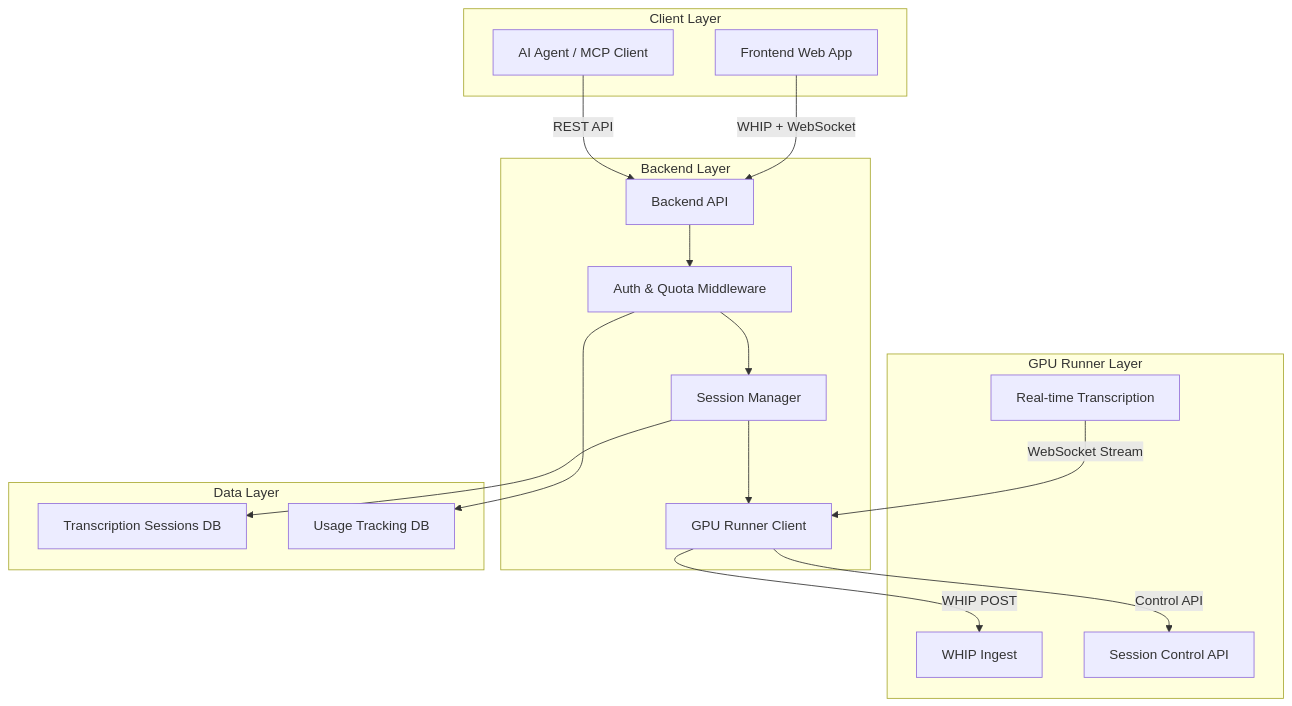
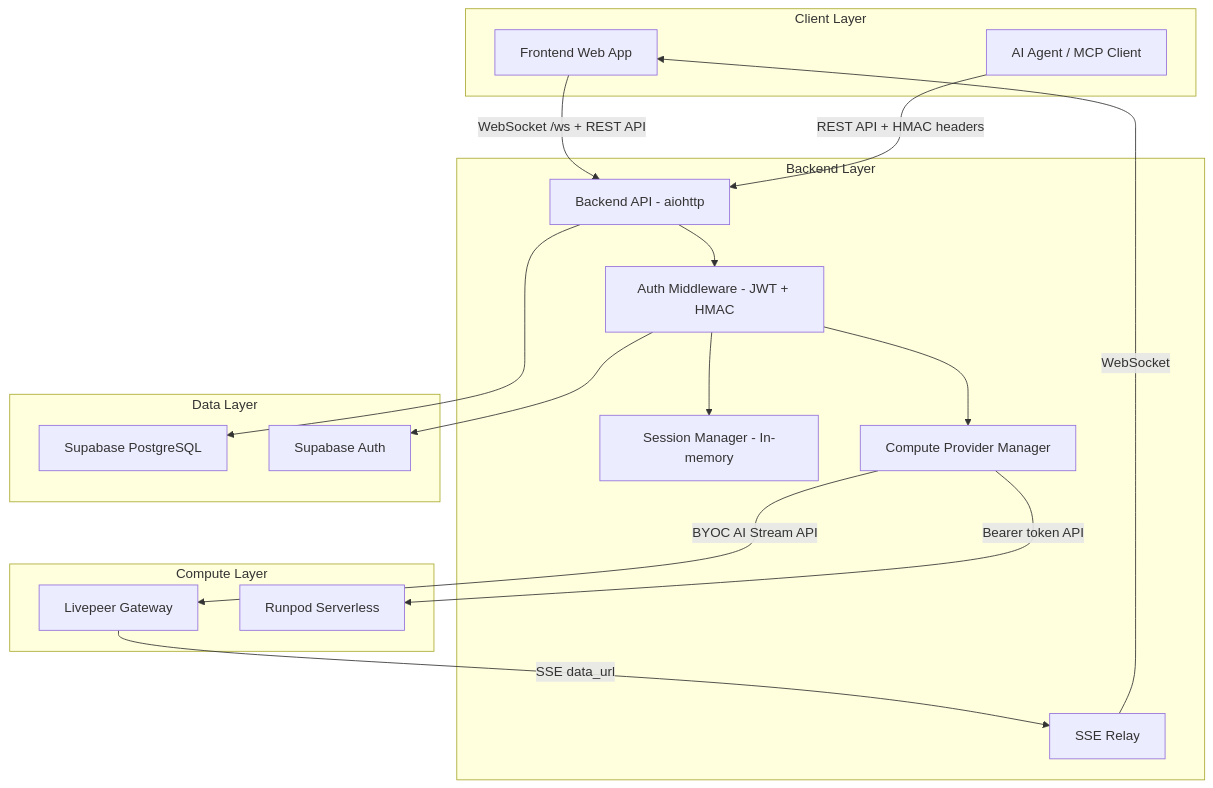
The diagram in docs/TECHNICAL_SPECIFICATION.md (ad-astra-video/piow), drawn with Mermaid before and after one commit. The commit also changed other lines of this file and 90 other files, not shown here.

````diff
--- a/docs/TECHNICAL_SPECIFICATION.md
+++ b/docs/TECHNICAL_SPECIFICATION.md
@@ -986,36 +373,37 @@
 ```mermaid
 flowchart TB
     subgraph Client Layer
         A[Frontend Web App]
         B[AI Agent / MCP Client]
     end
     
     subgraph Backend Layer
-        C[Backend API]
-        D[Auth & Quota Middleware]
-        E[Session Manager]
-        F[GPU Runner Client]
+        C[Backend API - aiohttp]
+        D[Auth Middleware - JWT + HMAC]
+        E[Session Manager - In-memory]
+        F[Compute Provider Manager]
+        G[SSE Relay]
     end
     
-    subgraph GPU Runner Layer
-        G[WHIP Ingest]
-        H[Real-time Transcription]
-        I[Session Control API]
+    subgraph Compute Layer
+        H[Livepeer Gateway]
+        I[Runpod Serverless]
     end
     
     subgraph Data Layer
-        J[Transcription Sessions DB]
-        K[Usage Tracking DB]
+        J[Supabase PostgreSQL]
+        K[Supabase Auth]
     end
     
-    A -->|WHIP + WebSocket| C
-    B -->|REST API| C
+    A -->|WebSocket /ws + REST API| C
+    B -->|REST API + HMAC headers| C
     C --> D
     D --> E
-    E --> F
-    F -->|WHIP POST| G
-    F -->|Control API| I
-    H -->|WebSocket Stream| F
-    E --> J
+    D --> F
+    F -->|BYOC AI Stream API| H
+    F -->|Bearer token API| I
+    H -->|SSE data_url| G
+    G -->|WebSocket| A
+    C --> J
     D --> K
 ```
````
